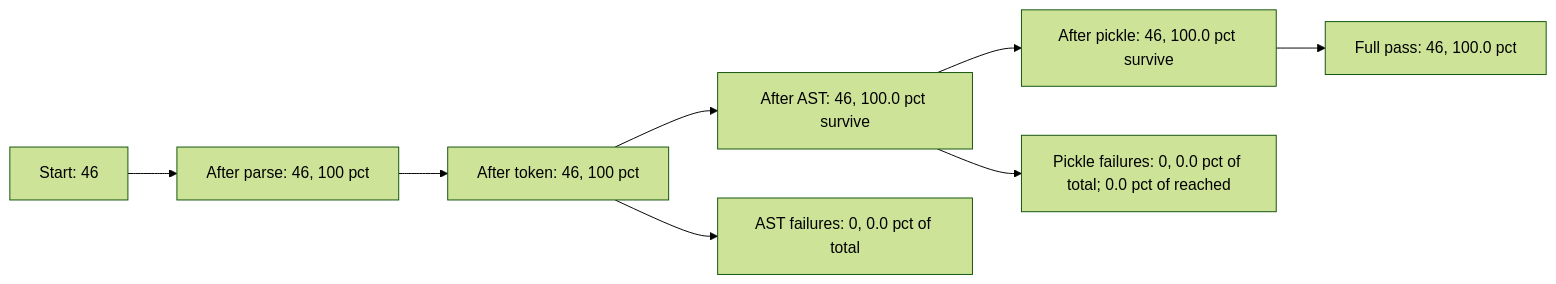
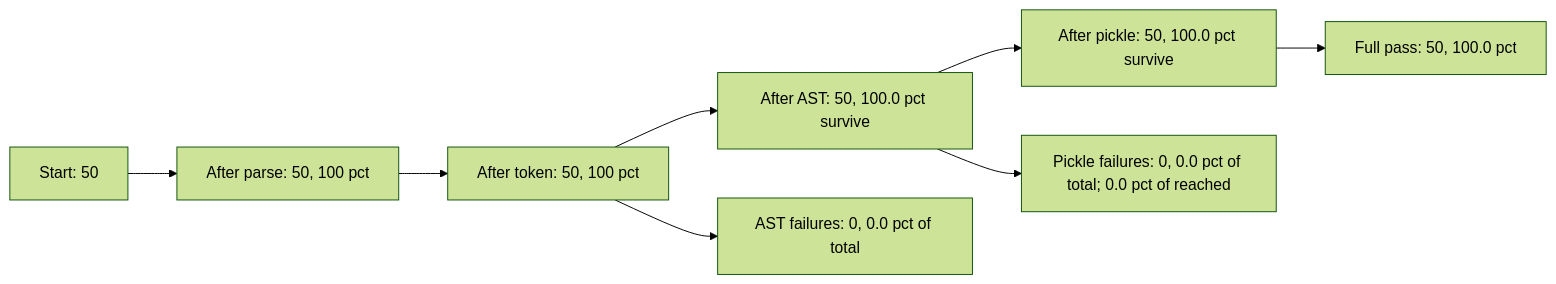
Before and after one commit to SHIFT-LEFTER/shiftlefter: the first of 2 diagrams in compliance.md, drawn with Mermaid (forest theme). The commit also changed other lines of this file and 236 other files, not shown here.

````diff
--- a/compliance.md
+++ b/compliance.md
@@ -1,13 +1,13 @@
 ```mermaid
 flowchart LR
-  A[Start: 46] --> B[After parse: 46, 100 pct]
-  B --> C[After token: 46, 100 pct]
+  A[Start: 50] --> B[After parse: 50, 100 pct]
+  B --> C[After token: 50, 100 pct]
 
-  C --> D[After AST: 46, 100.0 pct survive]
+  C --> D[After AST: 50, 100.0 pct survive]
   C --> X[AST failures: 0, 0.0 pct of total]
 
-  D --> E[After pickle: 46, 100.0 pct survive]
+  D --> E[After pickle: 50, 100.0 pct survive]
   D --> Y[Pickle failures: 0, 0.0 pct of total; 0.0 pct of reached]
 
-  E --> Z[Full pass: 46, 100.0 pct]
+  E --> Z[Full pass: 50, 100.0 pct]
 ```
````
